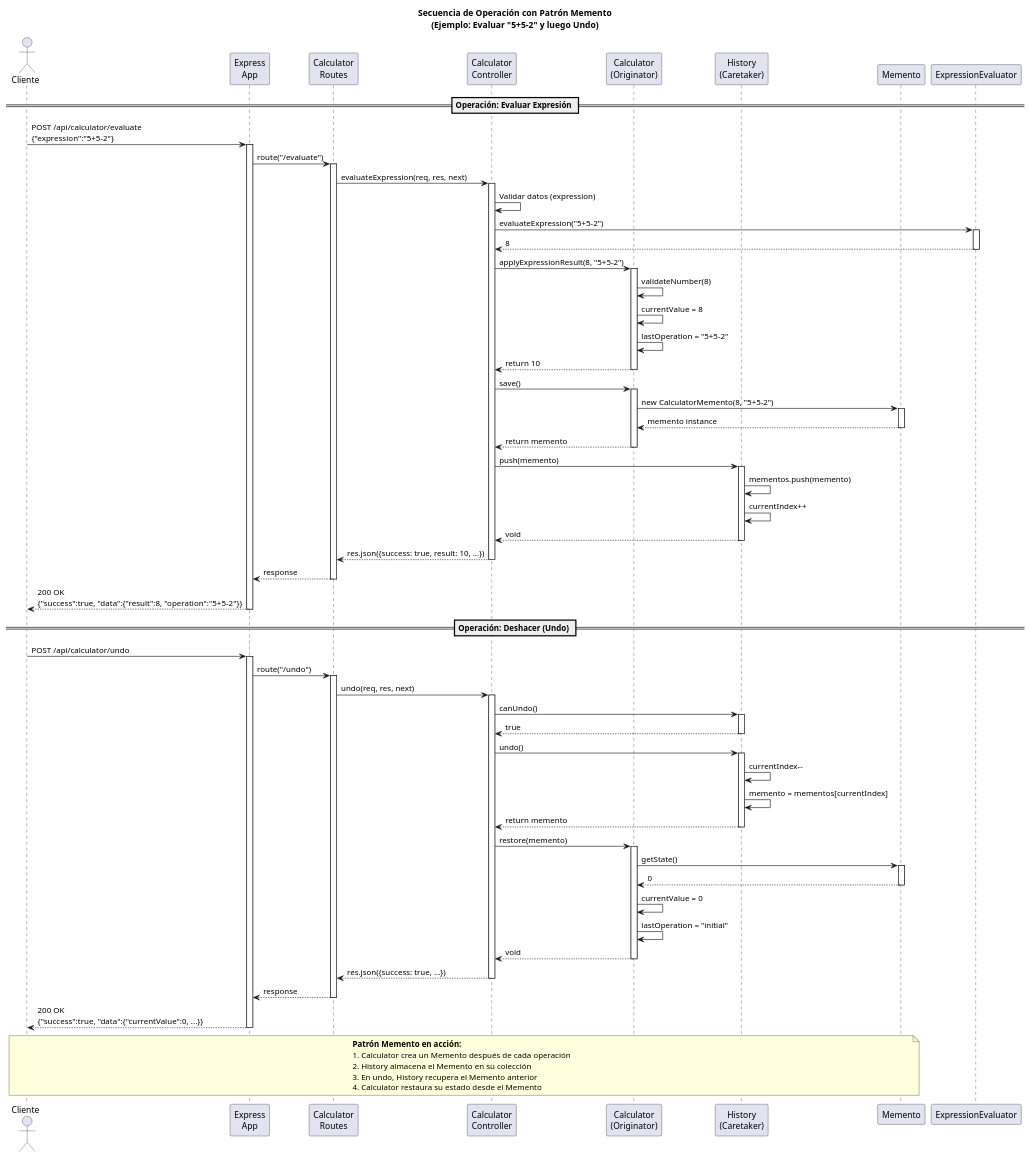
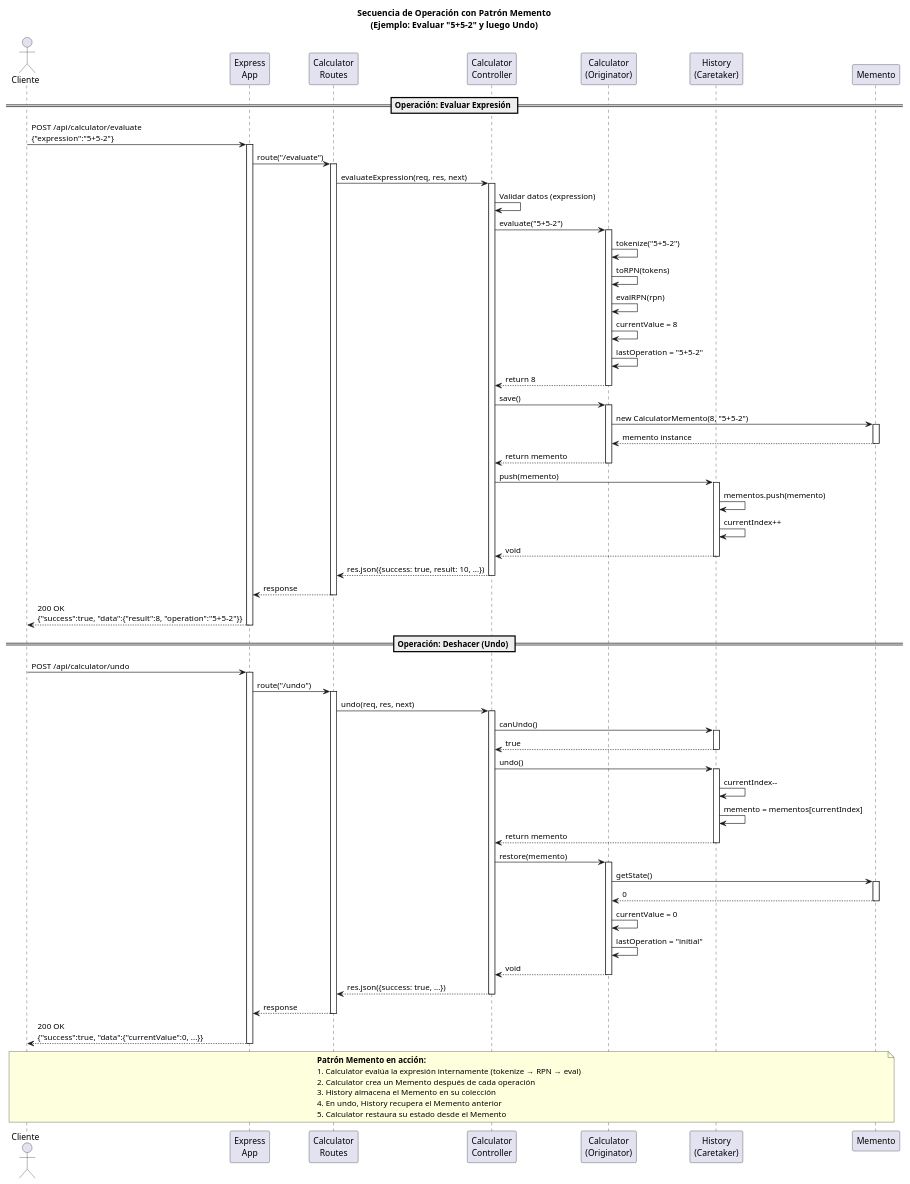
Before and after one commit to Kracken914dt/Backend-Memento: the diagram in diagrams/sequence-diagram.puml, drawn with PlantUML. The commit also changed 7 other files, not shown here.

```diff
--- a/diagrams/sequence-diagram.puml
+++ b/diagrams/sequence-diagram.puml
@@ -1,124 +1,122 @@
 @startuml Diagrama de Secuencia - Operación con Memento
 
 title Secuencia de Operación con Patrón Memento\n(Ejemplo: Evaluar "5+5-2" y luego Undo)
 
 actor "Cliente" as Client
 participant "Express\nApp" as App
 participant "Calculator\nRoutes" as Routes
 participant "Calculator\nController" as Controller
 participant "Calculator\n(Originator)" as Calculator
 participant "History\n(Caretaker)" as History
 participant "Memento" as Memento
 
 == Operación: Evaluar Expresión ==
 
 Client -> App: POST /api/calculator/evaluate\n{"expression":"5+5-2"}
 activate App
 
 App -> Routes: route("/evaluate")
 activate Routes
 
 Routes -> Controller: evaluateExpression(req, res, next)
 activate Controller
 
 Controller -> Controller: Validar datos (expression)
 
-Controller -> ExpressionEvaluator: evaluateExpression("5+5-2")
-activate ExpressionEvaluator
-ExpressionEvaluator --> Controller: 8
-deactivate ExpressionEvaluator
-
-Controller -> Calculator: applyExpressionResult(8, "5+5-2")
+Controller -> Calculator: evaluate("5+5-2")
 activate Calculator
 
-Calculator -> Calculator: validateNumber(8)
+Calculator -> Calculator: tokenize("5+5-2")
+Calculator -> Calculator: toRPN(tokens)
+Calculator -> Calculator: evalRPN(rpn)
 Calculator -> Calculator: currentValue = 8
 Calculator -> Calculator: lastOperation = "5+5-2"
 
-Calculator --> Controller: return 10
+Calculator --> Controller: return 8
 deactivate Calculator
 
 Controller -> Calculator: save()
 activate Calculator
 
 Calculator -> Memento: new CalculatorMemento(8, "5+5-2")
 activate Memento
 Memento --> Calculator: memento instance
 deactivate Memento
 
 Calculator --> Controller: return memento
 deactivate Calculator
 
 Controller -> History: push(memento)
 activate History
 History -> History: mementos.push(memento)
 History -> History: currentIndex++
 History --> Controller: void
 deactivate History
 
 Controller --> Routes: res.json({success: true, result: 10, ...})
 deactivate Controller
 
 Routes --> App: response
 deactivate Routes
 
 App --> Client: 200 OK\n{"success":true, "data":{"result":8, "operation":"5+5-2"}}
 deactivate App
 
 == Operación: Deshacer (Undo) ==
 
 Client -> App: POST /api/calculator/undo
 activate App
 
 App -> Routes: route("/undo")
 activate Routes
 
 Routes -> Controller: undo(req, res, next)
 activate Controller
 
 Controller -> History: canUndo()
 activate History
 History --> Controller: true
 deactivate History
 
 Controller -> History: undo()
 activate History
 
 History -> History: currentIndex--
 History -> History: memento = mementos[currentIndex]
 
 History --> Controller: return memento
 deactivate History
 
 Controller -> Calculator: restore(memento)
 activate Calculator
 
 Calculator -> Memento: getState()
 activate Memento
 Memento --> Calculator: 0
 deactivate Memento
 
 Calculator -> Calculator: currentValue = 0
 Calculator -> Calculator: lastOperation = "initial"
 
 Calculator --> Controller: void
 deactivate Calculator
 
 Controller --> Routes: res.json({success: true, ...})
 deactivate Controller
 
 Routes --> App: response
 deactivate Routes
 
 App --> Client: 200 OK\n{"success":true, "data":{"currentValue":0, ...}}
 deactivate App
 
 note over Client, Memento
   <b>Patrón Memento en acción:</b>
-  1. Calculator crea un Memento después de cada operación
-  2. History almacena el Memento en su colección
-  3. En undo, History recupera el Memento anterior
-  4. Calculator restaura su estado desde el Memento
+  1. Calculator evalúa la expresión internamente (tokenize → RPN → eval)
+  2. Calculator crea un Memento después de cada operación
+  3. History almacena el Memento en su colección
+  4. En undo, History recupera el Memento anterior
+  5. Calculator restaura su estado desde el Memento
 end note
 
 @enduml
```
